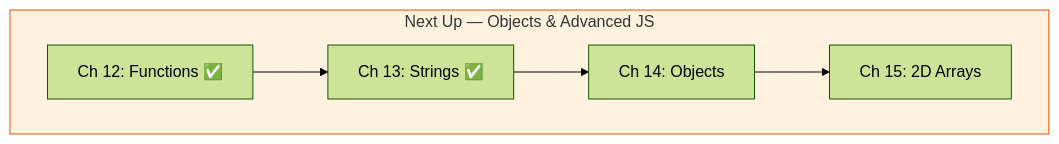
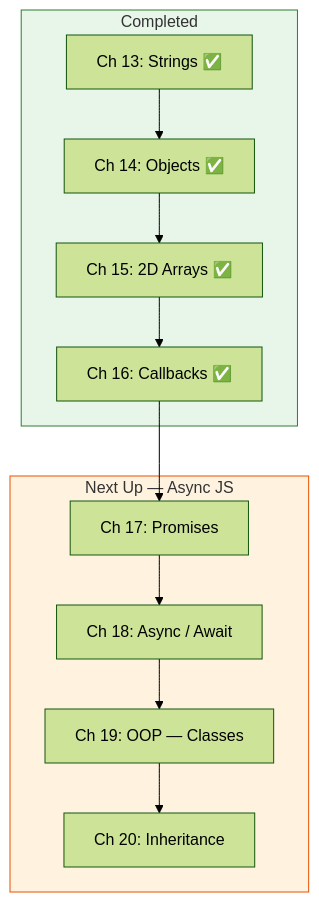
Before and after one commit to harsh-0541/LearnPlaywrightBatch2x: diagram 34 of 36 in README.md, drawn with Mermaid (forest theme). The commit also changed other lines of this file and 31 other files, not shown here.

First line of the commit message:
docs: add Chapters 14–16 (Objects, 2D Arrays, Callbacks) to README

````diff
--- a/README.md
+++ b/README.md
@@ -2664,10 +2949,20 @@
 ```mermaid
 graph TD
-    subgraph next["Next Up — Objects & Advanced JS"]
-        N1[Ch 12: Functions ✅] --> N2[Ch 13: Strings ✅]
-        N2 --> N3[Ch 14: Objects]
-        N3 --> N4[Ch 15: 2D Arrays]
+    subgraph done["Completed"]
+        D1[Ch 13: Strings ✅] --> D2[Ch 14: Objects ✅]
+        D2 --> D3[Ch 15: 2D Arrays ✅]
+        D3 --> D4[Ch 16: Callbacks ✅]
     end
 
+    subgraph next["Next Up — Async JS"]
+        N1[Ch 17: Promises]
+        N2[Ch 18: Async / Await]
+        N3[Ch 19: OOP — Classes]
+        N4[Ch 20: Inheritance]
+    end
+
+    D4 --> N1 --> N2 --> N3 --> N4
+
+    style done fill:#e8f5e9,stroke:#2e7d32
     style next fill:#fff3e0,stroke:#e65100
 ```
````
